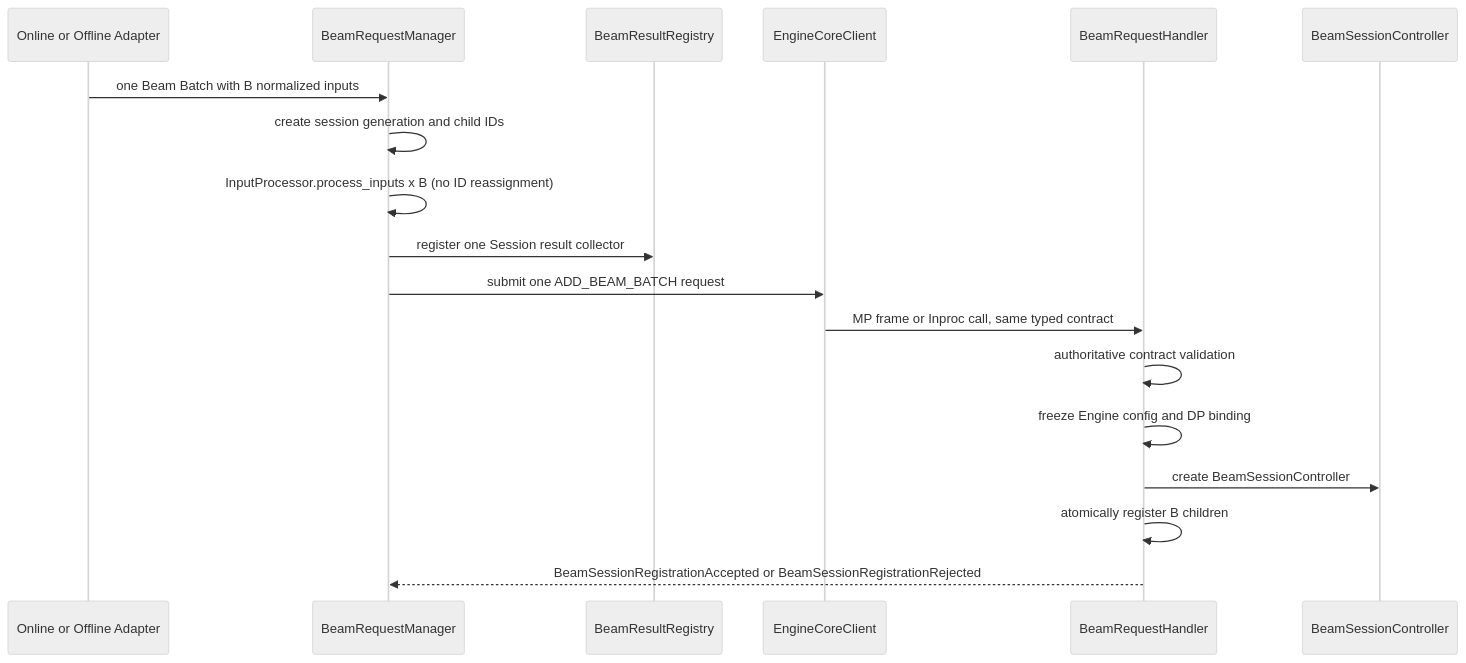
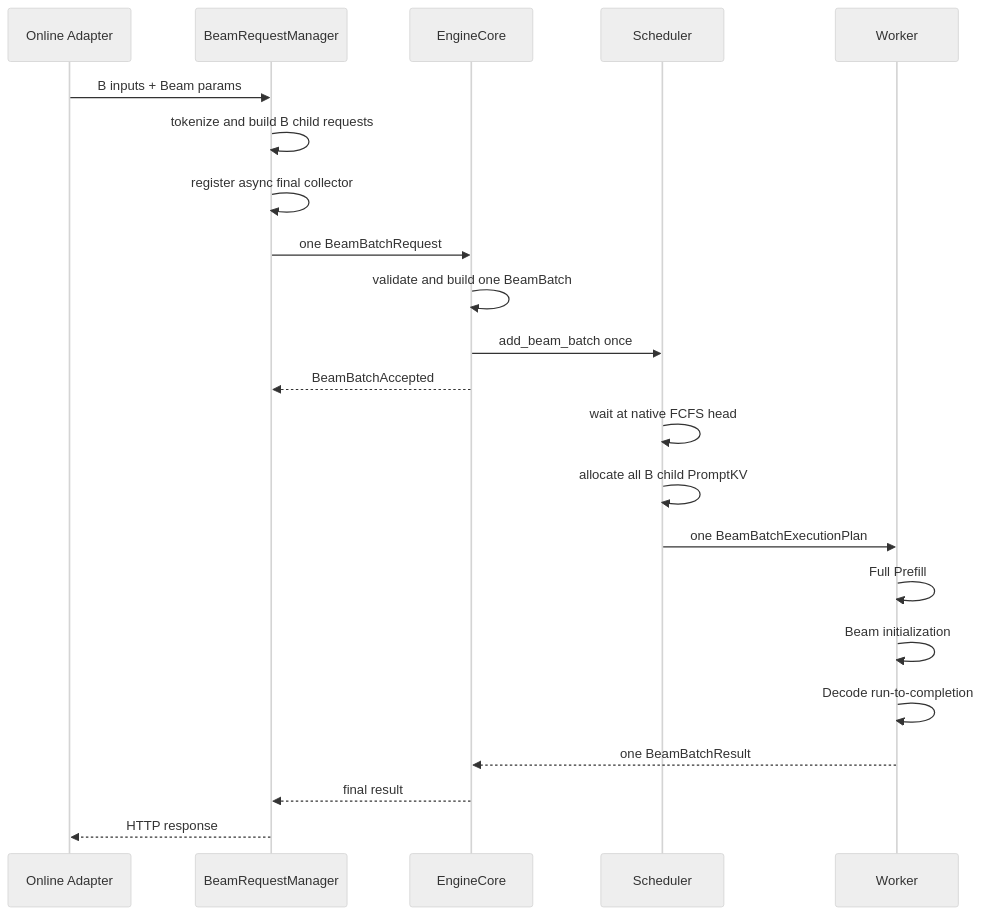
One commit to zhanghanleo10/gr-related changed the eighth of 10 diagrams in vllm-GR/serving_to_enginecore_batch_beam_entry_design.md. Above: the diagram before and after it, drawn with Mermaid (neutral theme). The commit also changed other lines of this file, not shown here.

Commit message:
docs: simplify Beam Batch EngineCore entry

````diff
--- a/vllm-GR/serving_to_enginecore_batch_beam_entry_design.md
+++ b/vllm-GR/serving_to_enginecore_batch_beam_entry_design.md
@@ -176,21 +1368,28 @@
 ```mermaid
 sequenceDiagram
-    participant F as Online or Offline Adapter
-    participant A as BeamRequestManager
-    participant R as BeamResultRegistry
-    participant C as EngineCoreClient
-    participant E as BeamRequestHandler
-    participant SC as BeamSessionController
+    participant O as Online Adapter
+    participant M as BeamRequestManager
+    participant E as EngineCore
+    participant S as Scheduler
+    participant W as Worker
 
-    F->>A: one Beam Batch with B normalized inputs
-    A->>A: create session generation and child IDs
-    A->>A: InputProcessor.process_inputs x B (no ID reassignment)
-    A->>R: register one Session result collector
-    A->>C: submit one ADD_BEAM_BATCH request
-    C->>E: MP frame or Inproc call, same typed contract
-    E->>E: authoritative contract validation
-    E->>E: freeze Engine config and DP binding
-    E->>SC: create BeamSessionController
-    E->>E: atomically register B children
-    E-->>A: BeamSessionRegistrationAccepted or BeamSessionRegistrationRejected
+    O->>M: B inputs + Beam params
+    M->>M: tokenize and build B child requests
+    M->>M: register async final collector
+    M->>E: one BeamBatchRequest
+    E->>E: validate and build one BeamBatch
+    E->>S: add_beam_batch once
+    E-->>M: BeamBatchAccepted
+
+    S->>S: wait at native FCFS head
+    S->>S: allocate all B child PromptKV
+    S->>W: one BeamBatchExecutionPlan
+
+    W->>W: Full Prefill
+    W->>W: Beam initialization
+    W->>W: Decode run-to-completion
+    W-->>E: one BeamBatchResult
+
+    E-->>M: final result
+    M-->>O: HTTP response
 ```
````
